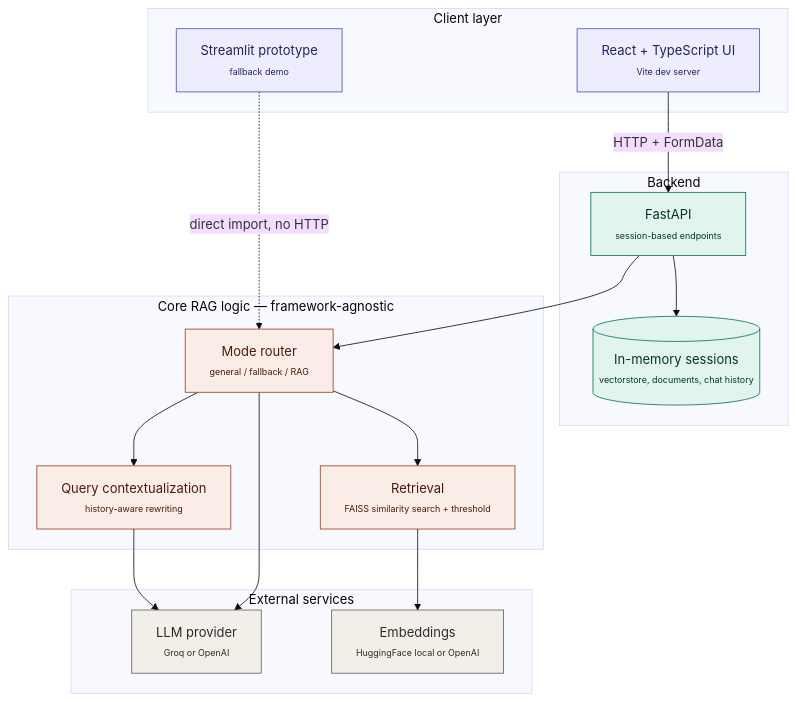
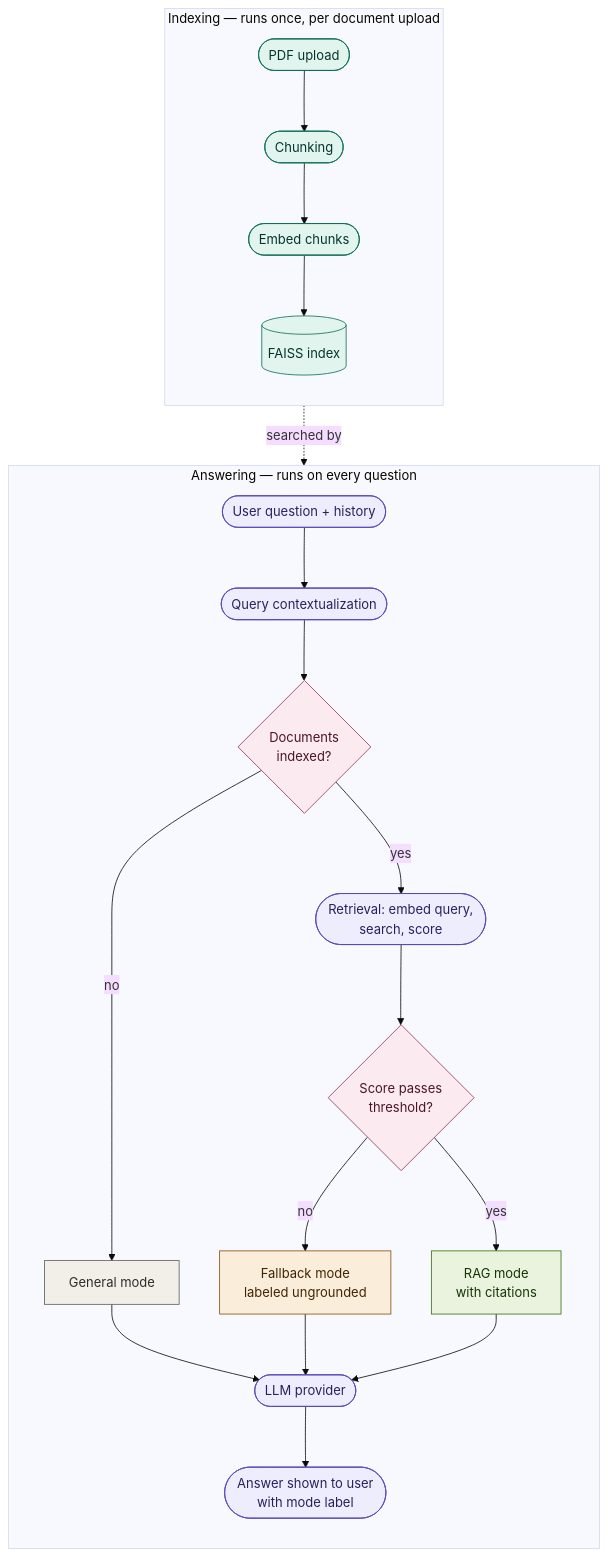
One commit to OT75/Raggy2 changed the diagram in README.md. Above: the diagram before and after it, drawn with Mermaid (base theme). The commit also changed other lines of this file, not shown here.

````diff
--- a/README.md
+++ b/README.md
@@ -40,43 +40,51 @@
 ```mermaid
-graph TB
-    subgraph Client["Client layer"]
-        React["React + TypeScript UI<br/><span style='font-size:11px'>Vite dev server</span>"]
-        Streamlit["Streamlit prototype<br/><span style='font-size:11px'>fallback demo</span>"]
+flowchart TB
+    subgraph Indexing["Indexing — runs once, per document upload"]
+        direction TB
+        Upload(["PDF upload"])
+        Chunk(["Chunking"])
+        EmbedDocs(["Embed chunks"])
+        FAISS[("FAISS index")]
+        Upload --> Chunk --> EmbedDocs --> FAISS
     end
 
-    subgraph API["Backend"]
-        FastAPI["FastAPI<br/><span style='font-size:11px'>session-based endpoints</span>"]
-        Sessions[("In-memory sessions<br/><span style='font-size:11px'>vectorstore, documents, chat history</span>")]
+    subgraph Answering["Answering — runs on every question"]
+        direction TB
+        Question(["User question + history"])
+        Context(["Query contextualization"])
+        HasDocs{"Documents<br/>indexed?"}
+        Retrieval(["Retrieval: embed query,<br/>search, score"])
+        PassesThreshold{"Score passes<br/>threshold?"}
+        General["General mode"]
+        Fallback["Fallback mode<br/>labeled ungrounded"]
+        RAG["RAG mode<br/>with citations"]
+        LLM(["LLM provider"])
+        Answer(["Answer shown to user<br/>with mode label"])
+
+        Question --> Context --> HasDocs
+        HasDocs -->|no| General
+        HasDocs -->|yes| Retrieval --> PassesThreshold
+        PassesThreshold -->|no| Fallback
+        PassesThreshold -->|yes| RAG
+        General --> LLM
+        Fallback --> LLM
+        RAG --> LLM
+        LLM --> Answer
     end
 
-    subgraph Core["Core RAG logic — framework-agnostic"]
-        Router["Mode router<br/><span style='font-size:11px'>general / fallback / RAG</span>"]
-        Retrieval["Retrieval<br/><span style='font-size:11px'>FAISS similarity search + threshold</span>"]
-        Context["Query contextualization<br/><span style='font-size:11px'>history-aware rewriting</span>"]
-    end
+    FAISS -.->|searched by| Retrieval
 
-    subgraph External["External services"]
-        LLM["LLM provider<br/><span style='font-size:11px'>Groq or OpenAI</span>"]
-        Embed["Embeddings<br/><span style='font-size:11px'>HuggingFace local or OpenAI</span>"]
-    end
+    classDef idx fill:#E1F5EE,stroke:#0F6E56,color:#04342C
+    classDef ans fill:#EEEDFE,stroke:#534AB7,color:#26215C
+    classDef decision fill:#FBEAF0,stroke:#993556,color:#4B1528
+    classDef general fill:#F1EFE8,stroke:#5F5E5A,color:#2C2C2A
+    classDef fallback fill:#FAEEDA,stroke:#854F0B,color:#412402
+    classDef rag fill:#EAF3DE,stroke:#3B6D11,color:#173404
 
-    React -->|HTTP + FormData| FastAPI
-    Streamlit -.->|direct import, no HTTP| Router
-    FastAPI --> Sessions
-    FastAPI --> Router
-    Router --> Context
-    Router --> Retrieval
-    Context --> LLM
-    Retrieval --> Embed
-    Router --> LLM
-
-    classDef client fill:#EEEDFE,stroke:#534AB7,color:#26215C
-    classDef api fill:#E1F5EE,stroke:#0F6E56,color:#04342C
-    classDef core fill:#FAECE7,stroke:#993C1D,color:#4A1B0C
-    classDef ext fill:#F1EFE8,stroke:#5F5E5A,color:#2C2C2A
-
-    class React,Streamlit client
-    class FastAPI,Sessions api
-    class Router,Retrieval,Context core
-    class LLM,Embed ext
+    class Upload,Chunk,EmbedDocs,FAISS idx
+    class Question,Context,Retrieval,LLM,Answer ans
+    class HasDocs,PassesThreshold decision
+    class General general
+    class Fallback fallback
+    class RAG rag
 ```
````
